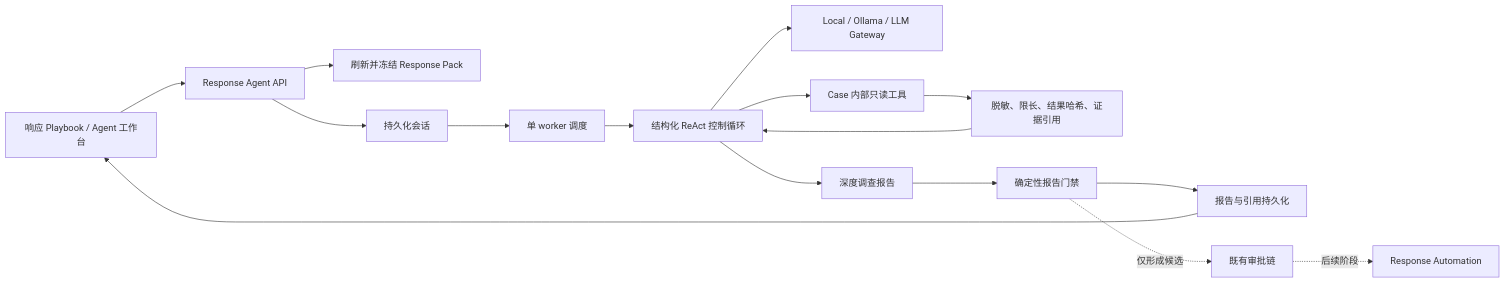
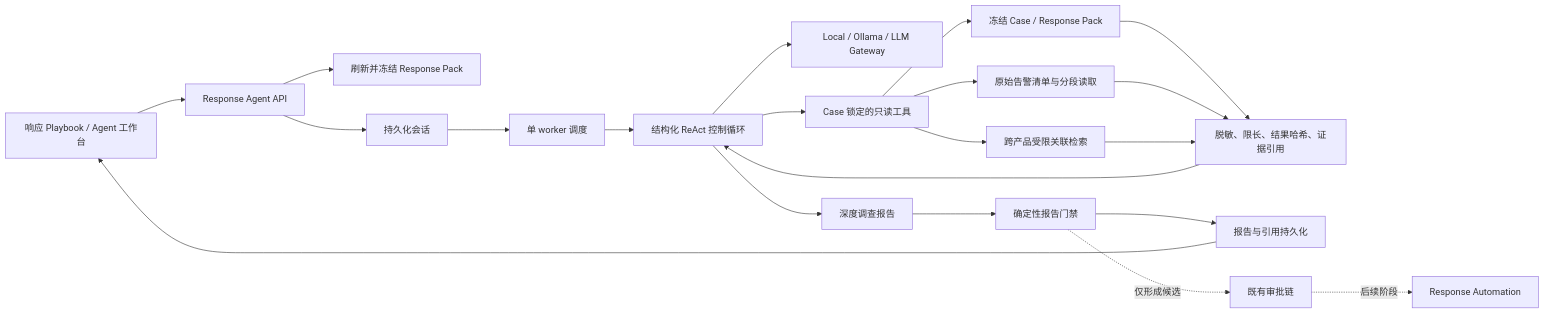
One commit to leo022/defensive-ai-gateway changed the first of 2 diagrams in docs/RESPONSE_AGENT.md. Above: the diagram before and after it, drawn with Mermaid. The commit also changed other lines of this file and 9 other files, not shown here.

Commit message:
Add governed raw evidence tools to response agent

````diff
--- a/docs/RESPONSE_AGENT.md
+++ b/docs/RESPONSE_AGENT.md
@@ -46,19 +62,24 @@
 ```mermaid
 flowchart LR
     UI["响应 Playbook / Agent 工作台"] --> API["Response Agent API"]
     API --> PACK["刷新并冻结 Response Pack"]
     API --> SESSION["持久化会话"]
     SESSION --> WORKER["单 worker 调度"]
     WORKER --> LOOP["结构化 ReAct 控制循环"]
     LOOP --> MODEL["Local / Ollama / LLM Gateway"]
-    LOOP --> TOOLS["Case 内部只读工具"]
-    TOOLS --> OBS["脱敏、限长、结果哈希、证据引用"]
+    LOOP --> TOOLS["Case 锁定的只读工具"]
+    TOOLS --> SNAPSHOT["冻结 Case / Response Pack"]
+    TOOLS --> RAW["原始告警清单与分段读取"]
+    TOOLS --> CORR["跨产品受限关联检索"]
+    SNAPSHOT --> OBS["脱敏、限长、结果哈希、证据引用"]
+    RAW --> OBS
+    CORR --> OBS
     OBS --> LOOP
     LOOP --> REPORT["深度调查报告"]
     REPORT --> GATE["确定性报告门禁"]
     GATE --> DB["报告与引用持久化"]
     DB --> UI
 
     GATE -. "仅形成候选" .-> APPROVAL["既有审批链"]
     APPROVAL -. "后续阶段" .-> AUTOMATION["Response Automation"]
 ```
````
